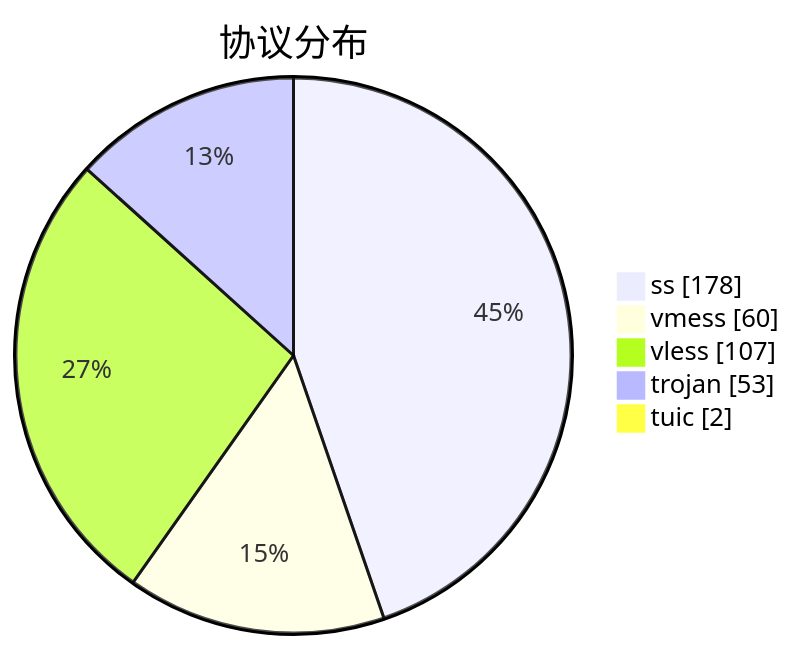
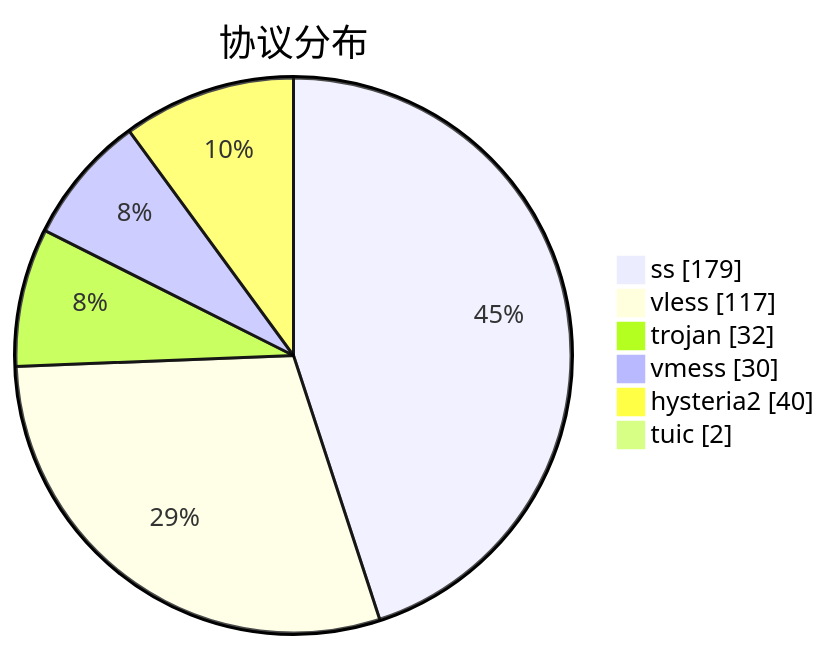
Before and after one commit to qjlxg/airport: the third of 3 diagrams in subs/statistics/tested_within.md, drawn with Mermaid. The commit also changed other lines of this file and 2 other files, not shown here.

````diff
--- a/subs/statistics/tested_within.md
+++ b/subs/statistics/tested_within.md
@@ -35,9 +37,10 @@
 ```mermaid
 pie showData
 title 协议分布
-"ss" : 178
-"vmess" : 60
-"vless" : 107
-"trojan" : 53
+"ss" : 179
+"vless" : 117
+"trojan" : 32
+"vmess" : 30
+"hysteria2" : 40
 "tuic" : 2
 ```
````
